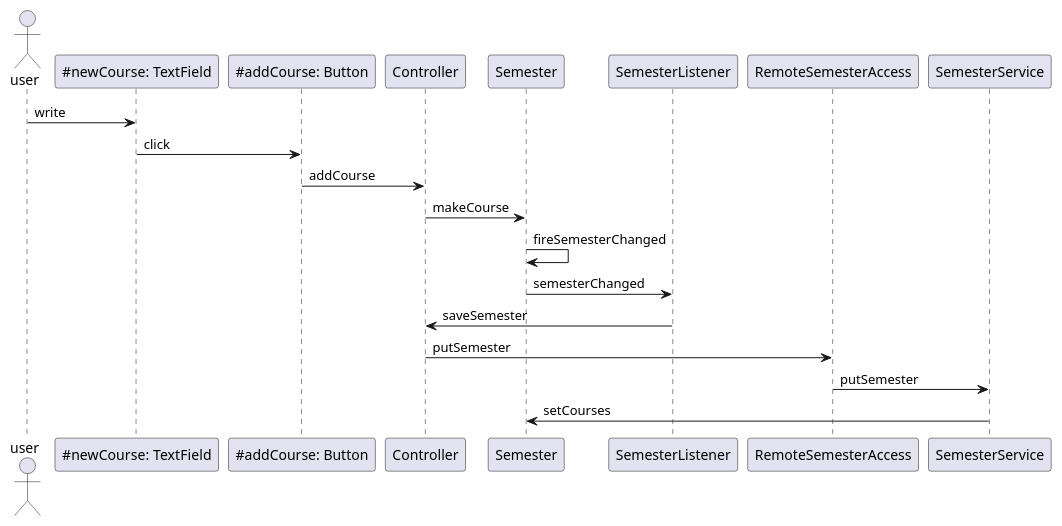
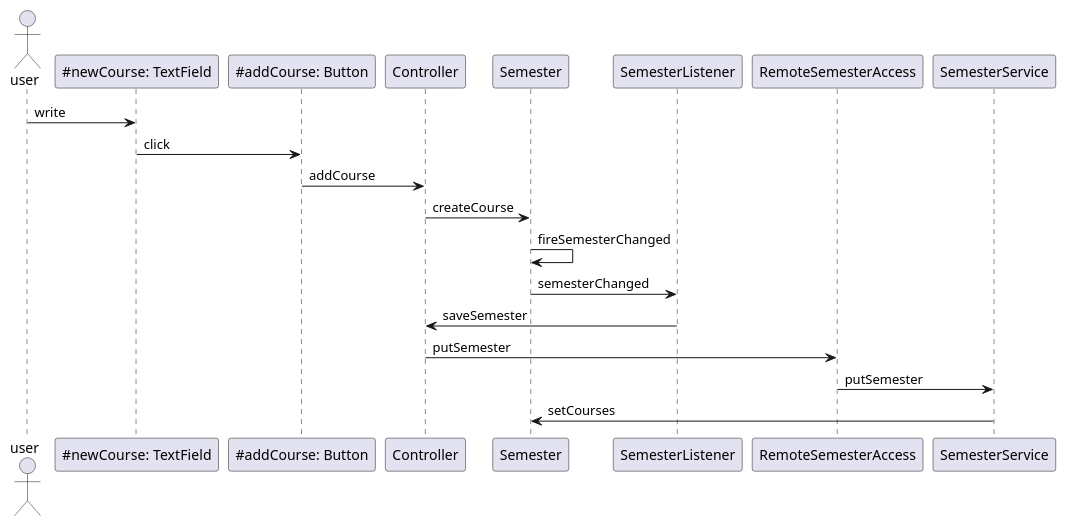
Before and after one commit to bmksimons/studytracker: the first of 3 diagrams in beskrivelse.md, drawn with PlantUML. The commit also changed other lines of this file, not shown here.

````diff
--- a/beskrivelse.md
+++ b/beskrivelse.md
@@ -22,16 +22,16 @@
 ``` plantuml
 @startuml
 actor user
 user -> "~#newCourse: TextField" as newCourse: write
 newCourse -> "~#addCourse: Button" as addCourse: click
 addCourse -> Controller: addCourse
-Controller -> Semester: makeCourse
+Controller -> Semester: createCourse
 Semester -> Semester: fireSemesterChanged
 Semester -> SemesterListener: semesterChanged
 SemesterListener -> Controller: saveSemester
 Controller -> RemoteSemesterAccess: putSemester
 RemoteSemesterAccess -> SemesterService: putSemester
 SemesterService -> Semester: setCourses
 
 @enduml
 ```
````
